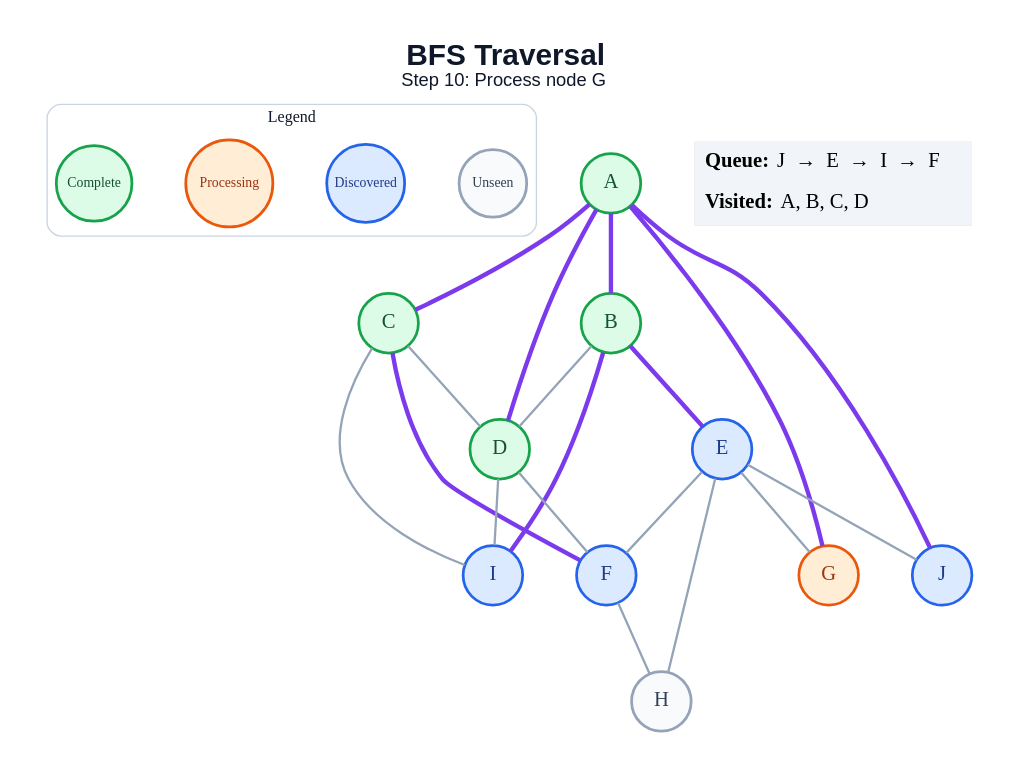
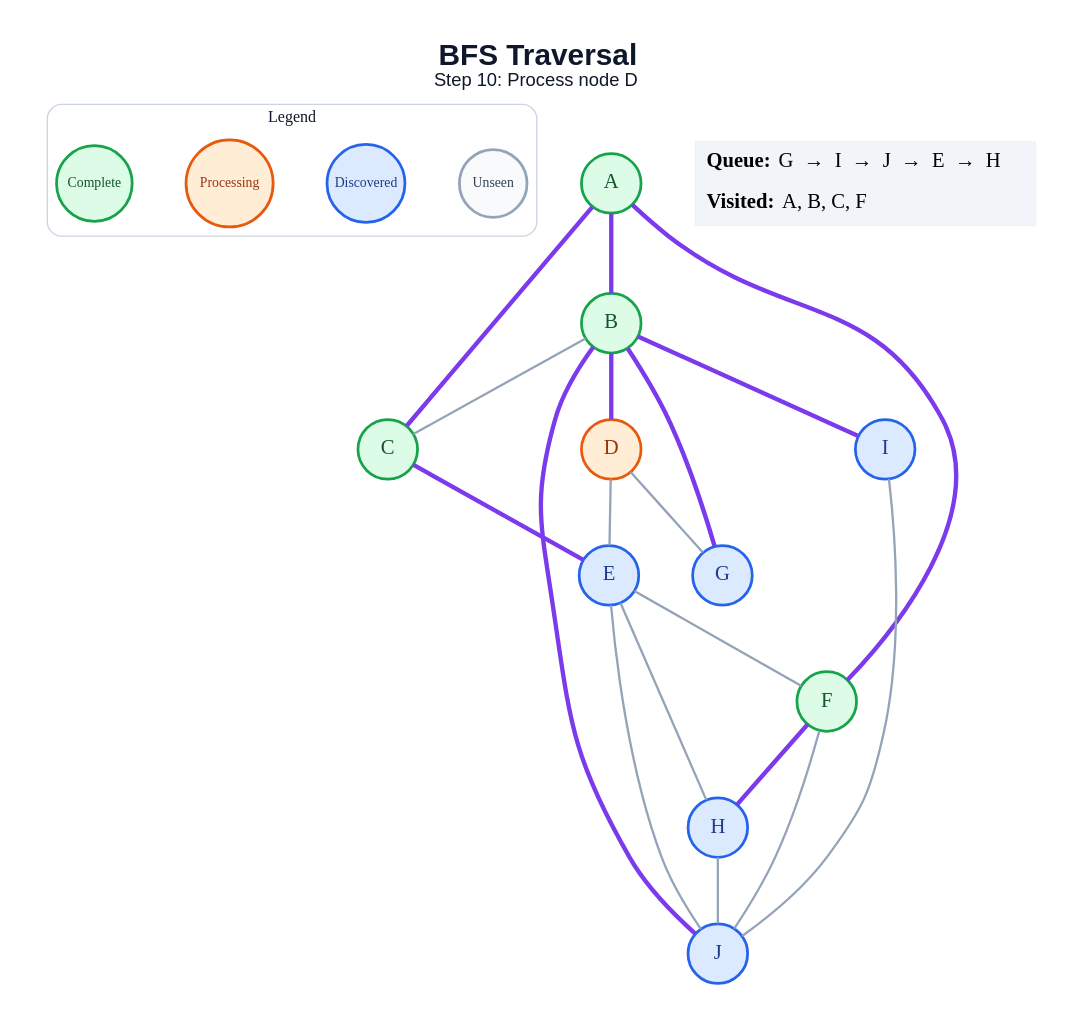
One commit to amanghodawala9/ai-slop changed the diagram in generated/bfs/step_10.dot. Above: the diagram before and after it, drawn with Graphviz. The commit also changed 178 other files, not shown here.

```diff
--- a/generated/bfs/step_10.dot
+++ b/generated/bfs/step_10.dot
@@ -1,47 +1,47 @@
 graph traversal {
   graph [layout=dot, rankdir=TB, bgcolor="#FFFFFF", pad="0.35", nodesep="0.65", ranksep="0.8", fontname="Arial"];
   node [shape=circle, style="filled", fontname="Arial Bold", fontsize=18, width=0.72, fixedsize=true, penwidth=2.4];
   edge [color="#94A3B8", penwidth=2.0];
-  label=<<B>BFS Traversal</B><BR/><FONT POINT-SIZE="16">Step 10: Process node G</FONT>>; labelloc="t"; fontsize=26; fontname="Arial"; fontcolor="#0F172A";
+  label=<<B>BFS Traversal</B><BR/><FONT POINT-SIZE="16">Step 10: Process node D</FONT>>; labelloc="t"; fontsize=26; fontname="Arial"; fontcolor="#0F172A";
   subgraph cluster_legend { label="Legend"; color="#CBD5E1"; penwidth=1.2; style="rounded"; fontsize=14; fontname="Arial Bold";
     key_unseen [label="Unseen", fillcolor="#F8FAFC", color="#94A3B8", fontcolor="#334155", fontsize=12, width=0.82];
     key_frontier [label="Discovered", fillcolor="#DBEAFE", color="#2563EB", fontcolor="#1E3A8A", fontsize=12, width=0.95];
     key_current [label="Processing", fillcolor="#FFEDD5", color="#EA580C", fontcolor="#9A3412", fontsize=12, width=1.05];
     key_done [label="Complete", fillcolor="#DCFCE7", color="#16A34A", fontcolor="#14532D", fontsize=12, width=0.92];
     { rank=same; key_unseen; key_frontier; key_current; key_done; }
   }
   A [fillcolor="#DCFCE7", color="#16A34A", fontcolor="#14532D"];
   B [fillcolor="#DCFCE7", color="#16A34A", fontcolor="#14532D"];
   C [fillcolor="#DCFCE7", color="#16A34A", fontcolor="#14532D"];
-  D [fillcolor="#DCFCE7", color="#16A34A", fontcolor="#14532D"];
+  D [fillcolor="#FFEDD5", color="#EA580C", fontcolor="#9A3412"];
   E [fillcolor="#DBEAFE", color="#2563EB", fontcolor="#1E3A8A"];
-  F [fillcolor="#DBEAFE", color="#2563EB", fontcolor="#1E3A8A"];
-  G [fillcolor="#FFEDD5", color="#EA580C", fontcolor="#9A3412"];
-  H [fillcolor="#F8FAFC", color="#94A3B8", fontcolor="#334155"];
+  F [fillcolor="#DCFCE7", color="#16A34A", fontcolor="#14532D"];
+  G [fillcolor="#DBEAFE", color="#2563EB", fontcolor="#1E3A8A"];
+  H [fillcolor="#DBEAFE", color="#2563EB", fontcolor="#1E3A8A"];
   I [fillcolor="#DBEAFE", color="#2563EB", fontcolor="#1E3A8A"];
   J [fillcolor="#DBEAFE", color="#2563EB", fontcolor="#1E3A8A"];
   A -- B [color="#7C3AED", penwidth=3.8];
   A -- C [color="#7C3AED", penwidth=3.8];
-  A -- D [color="#7C3AED", penwidth=3.8];
-  A -- G [color="#7C3AED", penwidth=3.8];
-  A -- J [color="#7C3AED", penwidth=3.8];
-  B -- D;
-  B -- E [color="#7C3AED", penwidth=3.8];
+  A -- F [color="#7C3AED", penwidth=3.8];
+  B -- C;
+  B -- D [color="#7C3AED", penwidth=3.8];
+  B -- G [color="#7C3AED", penwidth=3.8];
   B -- I [color="#7C3AED", penwidth=3.8];
-  C -- D;
-  C -- F [color="#7C3AED", penwidth=3.8];
-  C -- I;
-  D -- F;
-  D -- I;
+  B -- J [color="#7C3AED", penwidth=3.8];
+  C -- E [color="#7C3AED", penwidth=3.8];
+  D -- E;
+  D -- G;
   E -- F;
-  E -- G;
   E -- H;
   E -- J;
-  F -- H;
+  F -- H [color="#7C3AED", penwidth=3.8];
+  F -- J;
+  H -- J;
+  I -- J;
   status [shape=plain, fixedsize=false, width=0, height=0, margin=0, label=<
     <TABLE BORDER="0" CELLBORDER="0" CELLPADDING="7" BGCOLOR="#F1F5F9">
-      <TR><TD ALIGN="LEFT"><B>Queue:</B> J  →  E  →  I  →  F</TD></TR>
-      <TR><TD ALIGN="LEFT"><B>Visited:</B> A, B, C, D</TD></TR>
+      <TR><TD ALIGN="LEFT"><B>Queue:</B> G  →  I  →  J  →  E  →  H</TD></TR>
+      <TR><TD ALIGN="LEFT"><B>Visited:</B> A, B, C, F</TD></TR>
     </TABLE>
   >];
 }
```
